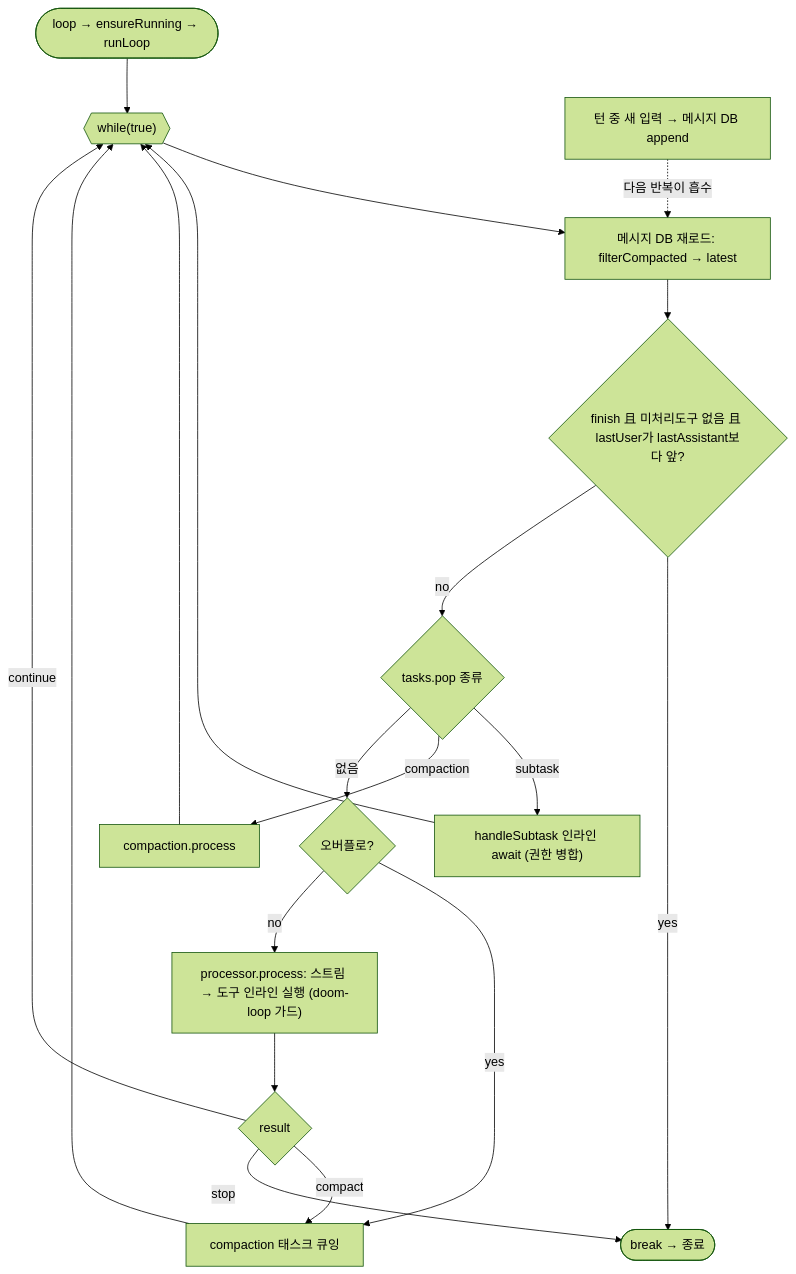
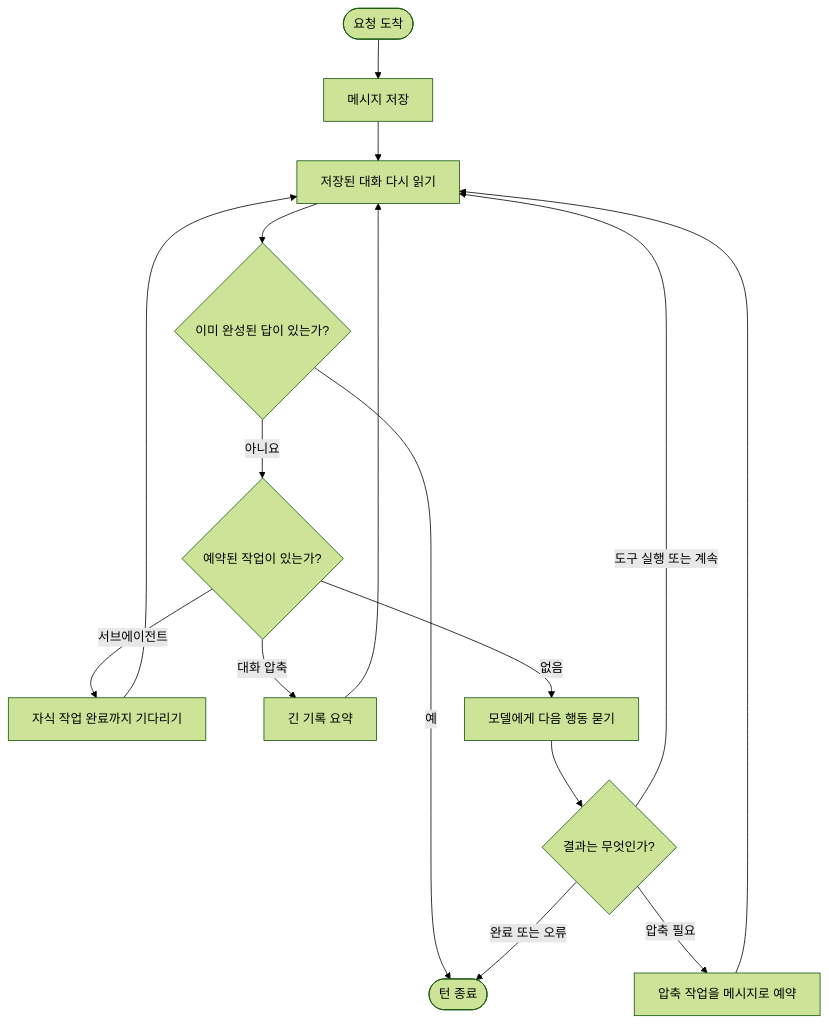
One commit to hikaMaeng/agentreport changed the first of 2 diagrams in turnloop/opencode.md. Above: the diagram before and after it, drawn with Mermaid (forest theme). The commit also changed other lines of this file and 6 other files, not shown here.

````diff
--- a/turnloop/opencode.md
+++ b/turnloop/opencode.md
@@ -131,18 +15,15 @@
 ```mermaid
 flowchart TD
-    Enter(["loop → ensureRunning → runLoop"]) --> Loop{{"while(true)"}}
-    Loop --> Reload["메시지 DB 재로드: filterCompacted → latest"]
-    Reload --> EndG{"finish 且 미처리도구 없음 且 lastUser가 lastAssistant보다 앞?"}
-    EndG -->|"yes"| Term(["break → 종료"])
-    EndG -->|"no"| Task{"tasks.pop 종류"}
-    Task -->|"subtask"| Sub["handleSubtask 인라인 await (권한 병합)"] --> Loop
-    Task -->|"compaction"| Comp["compaction.process"] --> Loop
-    Task -->|"없음"| Over{"오버플로?"}
-    Over -->|"yes"| Enq["compaction 태스크 큐잉"] --> Loop
-    Over -->|"no"| Proc["processor.process: 스트림 → 도구 인라인 실행 (doom-loop 가드)"]
-    Proc --> Res{"result"}
-    Res -->|"compact"| Enq
-    Res -->|"stop"| Term
-    Res -->|"continue"| Loop
-    Steer["턴 중 새 입력 → 메시지 DB append"] -. "다음 반복이 흡수" .-> Reload
+    Start(["요청 도착"]) --> Save["메시지 저장"]
+    Save --> Read["저장된 대화 다시 읽기"]
+    Read --> Finished{"이미 완성된 답이 있는가?"}
+    Finished -->|"예"| Done(["턴 종료"])
+    Finished -->|"아니요"| Pending{"예약된 작업이 있는가?"}
+    Pending -->|"서브에이전트"| Child["자식 작업 완료까지 기다리기"] --> Read
+    Pending -->|"대화 압축"| Compact["긴 기록 요약"] --> Read
+    Pending -->|"없음"| Model["모델에게 다음 행동 묻기"]
+    Model --> Result{"결과는 무엇인가?"}
+    Result -->|"도구 실행 또는 계속"| Read
+    Result -->|"압축 필요"| Queue["압축 작업을 메시지로 예약"] --> Read
+    Result -->|"완료 또는 오류"| Done
 ```
````
